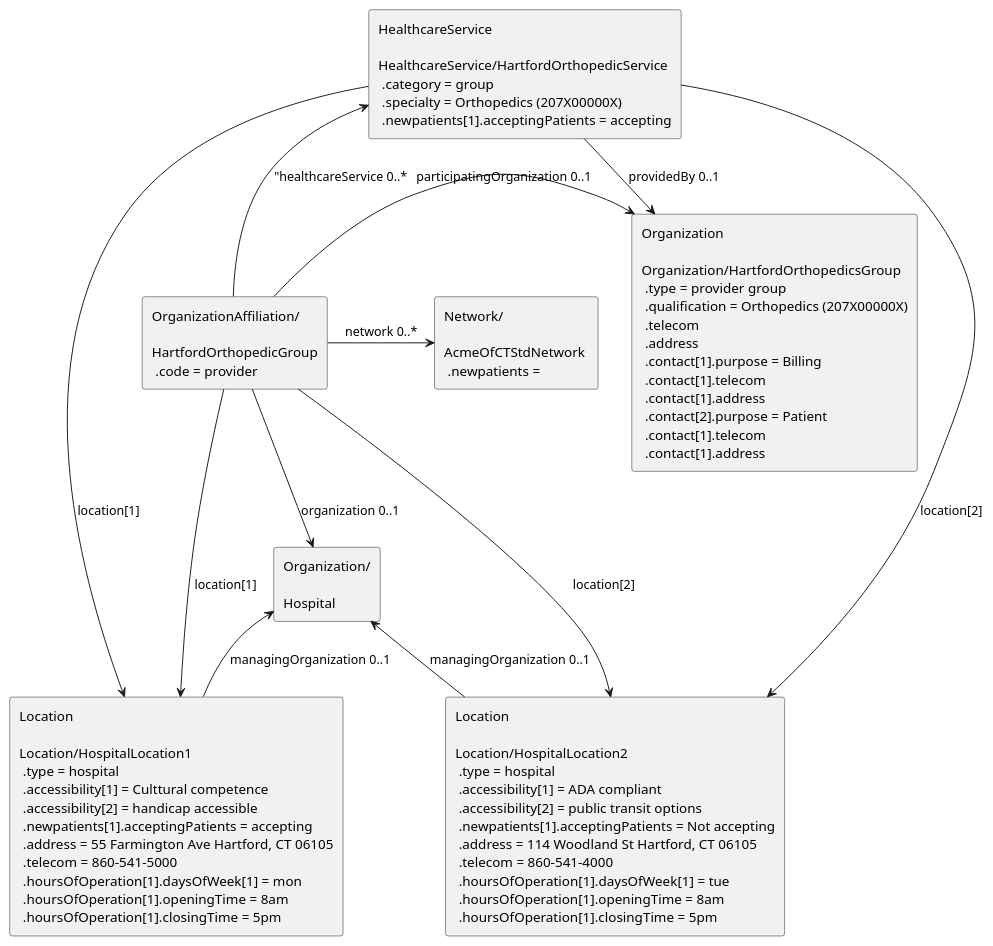
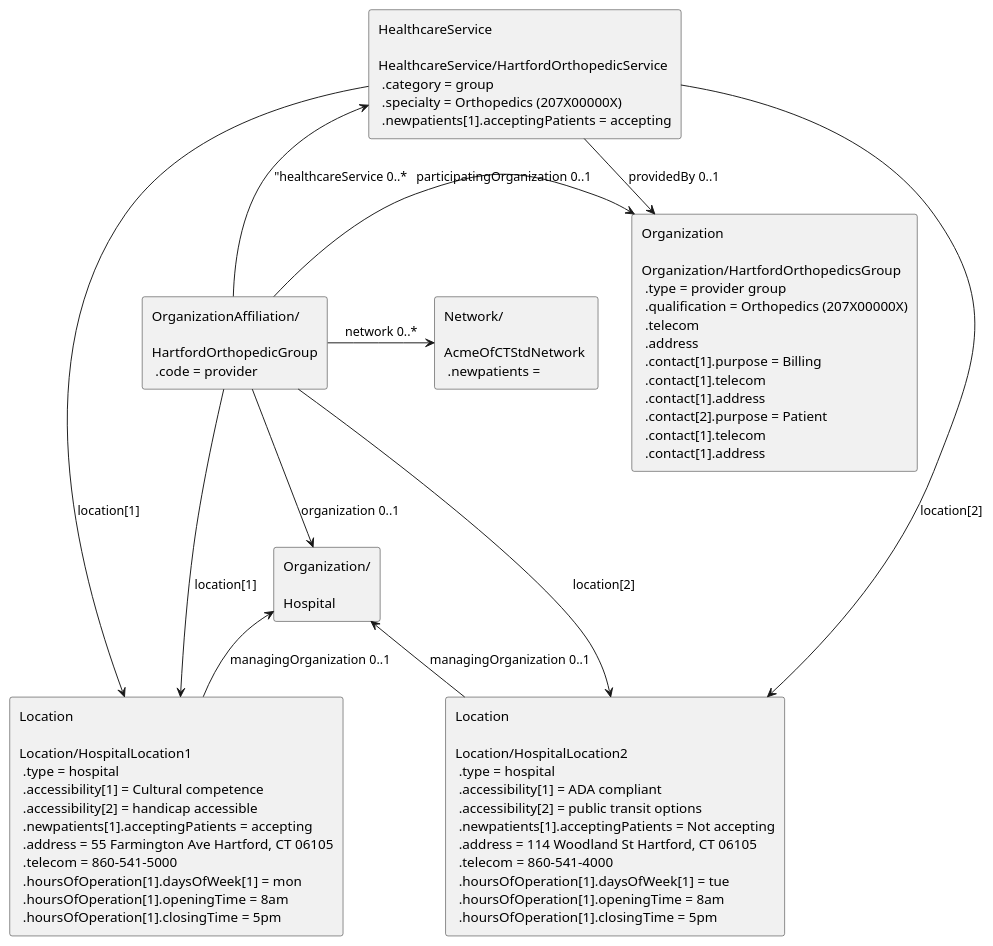
The diagram in input/images-source/GroupProvidingServiceAtHospital.plantuml (HL7/fhir-us-ndh), drawn with PlantUML before and after one commit. The commit also changed 35 other files, not shown here.

```diff
--- a/input/images-source/GroupProvidingServiceAtHospital.plantuml
+++ b/input/images-source/GroupProvidingServiceAtHospital.plantuml
@@ -1,73 +1,73 @@
 @startuml
 
 agent "OrganizationAffiliation/\n\nHartfordOrthopedicGroup\n .code = provider" as orgAff
 agent "Network/\n\nAcmeOfCTStdNetwork \n .newpatients = " as network
 
 agent org1 [
     Organization
     
     Organization/HartfordOrthopedicsGroup
      .type = provider group
      .qualification = Orthopedics (207X00000X)
      .telecom
      .address
      .contact[1].purpose = Billing
      .contact[1].telecom
      .contact[1].address
      .contact[2].purpose = Patient
      .contact[1].telecom
      .contact[1].address
 ]
 agent "Organization/\n\nHospital" as org2
 
 agent service [
     HealthcareService
     
     HealthcareService/HartfordOrthopedicService
      .category = group
      .specialty = Orthopedics (207X00000X)
      .newpatients[1].acceptingPatients = accepting
 ]
 agent location1 [
     Location
 
     Location/HospitalLocation1
      .type = hospital
-     .accessibility[1] = Culttural competence
+     .accessibility[1] = Cultural competence
      .accessibility[2] = handicap accessible
      .newpatients[1].acceptingPatients = accepting
      .address = 55 Farmington Ave Hartford, CT 06105
      .telecom = 860-541-5000
      .hoursOfOperation[1].daysOfWeek[1] = mon
      .hoursOfOperation[1].openingTime = 8am
      .hoursOfOperation[1].closingTime = 5pm
 ]
 agent location2 [
     Location
 
     Location/HospitalLocation2
      .type = hospital
      .accessibility[1] = ADA compliant
      .accessibility[2] = public transit options
      .newpatients[1].acceptingPatients = Not accepting
      .address = 114 Woodland St Hartford, CT 06105
      .telecom = 860-541-4000
      .hoursOfOperation[1].daysOfWeek[1] = tue
      .hoursOfOperation[1].openingTime = 8am
      .hoursOfOperation[1].closingTime = 5pm 
 ]
 
 orgAff -down-> org2: "organization 0..1"
 orgAff -left-> org1: "participatingOrganization 0..1"
 orgAff -right-> network: "network 0..*"
 orgAff -down-> location1: "location[1]"
 orgAff -down-> location2: "location[2]"
 orgAff -up-> service: "healthcareService 0..*
 service -down-> org1: "providedBy 0..1"
 service -right-> location1: "location[1]"
 service -right-> location2: "location[2]"
 location1 -up-> org2: "managingOrganization 0..1"
 location2 -up-> org2: "managingOrganization 0..1"
 
 
 @enduml
```
